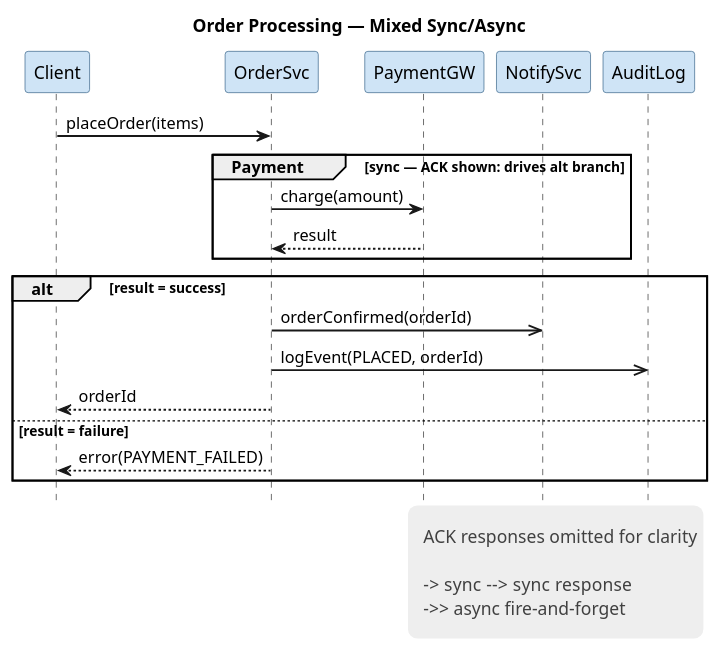
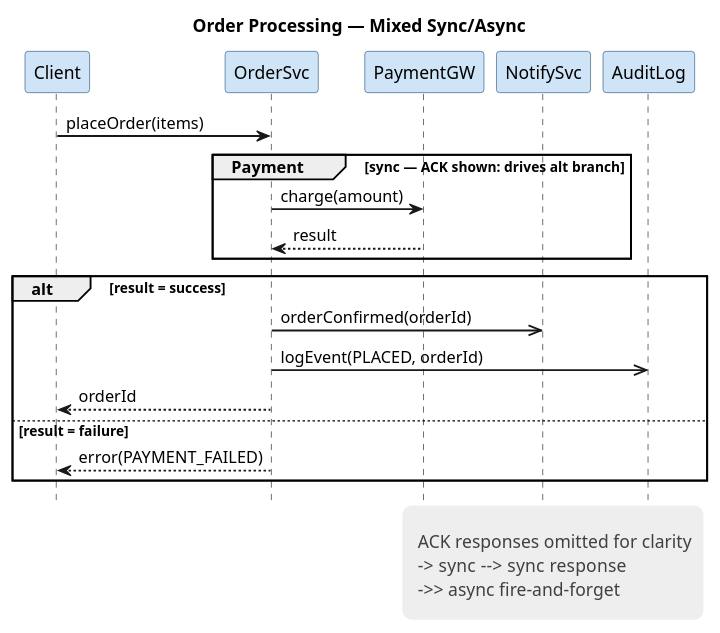
Before and after one commit to artem-from-ua/claude-plugins: the third of 3 diagrams in plugins/plantuml/skills/plantuml-diagram-guide/references/sequence.md, drawn with PlantUML. The commit also changed other lines of this file and 3 other files, not shown here.

First line of the commit message:
fix(plantuml): use a gentler legend line gap than a full spacer line

````diff
--- a/plugins/plantuml/skills/plantuml-diagram-guide/references/sequence.md
+++ b/plugins/plantuml/skills/plantuml-diagram-guide/references/sequence.md
@@ -87,43 +86,42 @@
 ```plantuml
 @startuml
 hide footbox
 title Order Processing — Mixed Sync/Async
 skinparam sequenceArrowThickness 1.5
 skinparam LifeLineBorderColor #C0C0C0
 skinparam participantBackgroundColor #CFE4F6
 skinparam participantBorderColor #25557E
 skinparam legendBackgroundColor #EEEEEE
 skinparam legendBorderColor transparent
 skinparam LegendFontColor #404040
 
 participant Client
 participant OrderSvc
 participant PaymentGW
 participant NotifySvc
 participant AuditLog
 
 Client -> OrderSvc: placeOrder(items)
 
 group Payment [sync — ACK shown: drives alt branch]
   OrderSvc -> PaymentGW: charge(amount)
   PaymentGW --> OrderSvc: result
 end
 
 alt result = success
   OrderSvc ->> NotifySvc: orderConfirmed(orderId)
   OrderSvc ->> AuditLog: logEvent(PLACED, orderId)
   OrderSvc --> Client: orderId
 else result = failure
   OrderSvc --> Client: error(PAYMENT_FAILED)
 end
 
 legend right
   <size:6> </size>
-    ACK responses omitted for clarity
-    <size:5> </size>
+    ACK responses omitted for clarity<size:17> </size>
     -> sync  --> sync response
     ->> async fire-and-forget
   <size:6> </size>
 end legend
 @enduml
 ```
````
